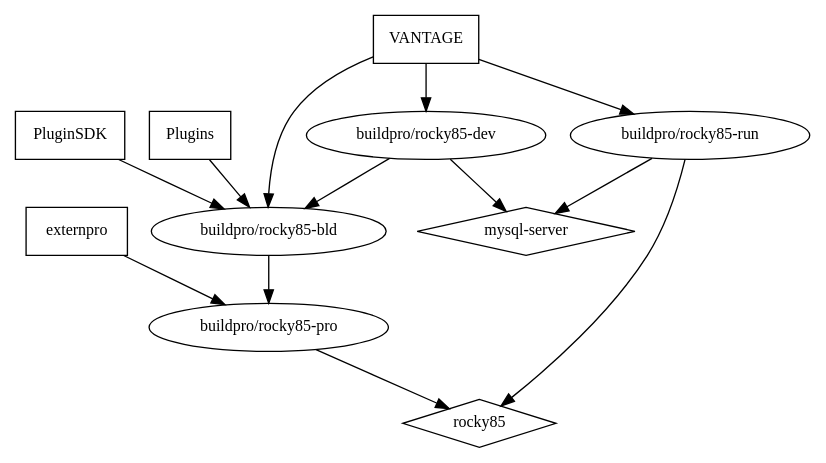
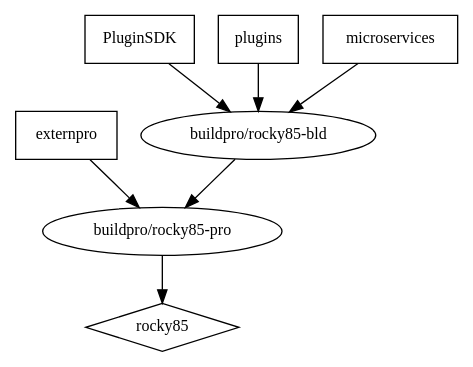
Before and after one commit to externpro/externpro: the diagram in dockergen/graph.dot, drawn with Graphviz. The commit also changed 1 other file, not shown here.

Commit message:
dockergen: update graph, rm rocky85-[dev|run]
issue https://github.com/externpro/externpro/issues/74

```diff
--- a/dockergen/graph.dot
+++ b/dockergen/graph.dot
@@ -1,21 +1,14 @@
 digraph GG {
   node [fontsize=12];
   "rocky85" [shape=diamond];
-  "mysql-server" [shape=diamond];
   "externpro" [shape=box];
   "PluginSDK" [shape=box];
-  "Plugins" [shape=box];
-  "VANTAGE" [shape=box];
-  "buildpro/rocky85-run" -> "rocky85";
+  "plugins" [shape=box];
+  "microservices" [shape=box];
   "buildpro/rocky85-pro" -> "rocky85";
   "buildpro/rocky85-bld" -> "buildpro/rocky85-pro";
-  "buildpro/rocky85-dev" -> "buildpro/rocky85-bld";
-  "buildpro/rocky85-dev" -> "mysql-server";
-  "buildpro/rocky85-run" -> "mysql-server";
   "externpro" -> "buildpro/rocky85-pro";
   "PluginSDK" -> "buildpro/rocky85-bld";
-  "Plugins" -> "buildpro/rocky85-bld";
-  "VANTAGE" -> "buildpro/rocky85-bld";
-  "VANTAGE" -> "buildpro/rocky85-dev";
-  "VANTAGE" -> "buildpro/rocky85-run";
+  "plugins" -> "buildpro/rocky85-bld";
+  "microservices" -> "buildpro/rocky85-bld";
 }
```
